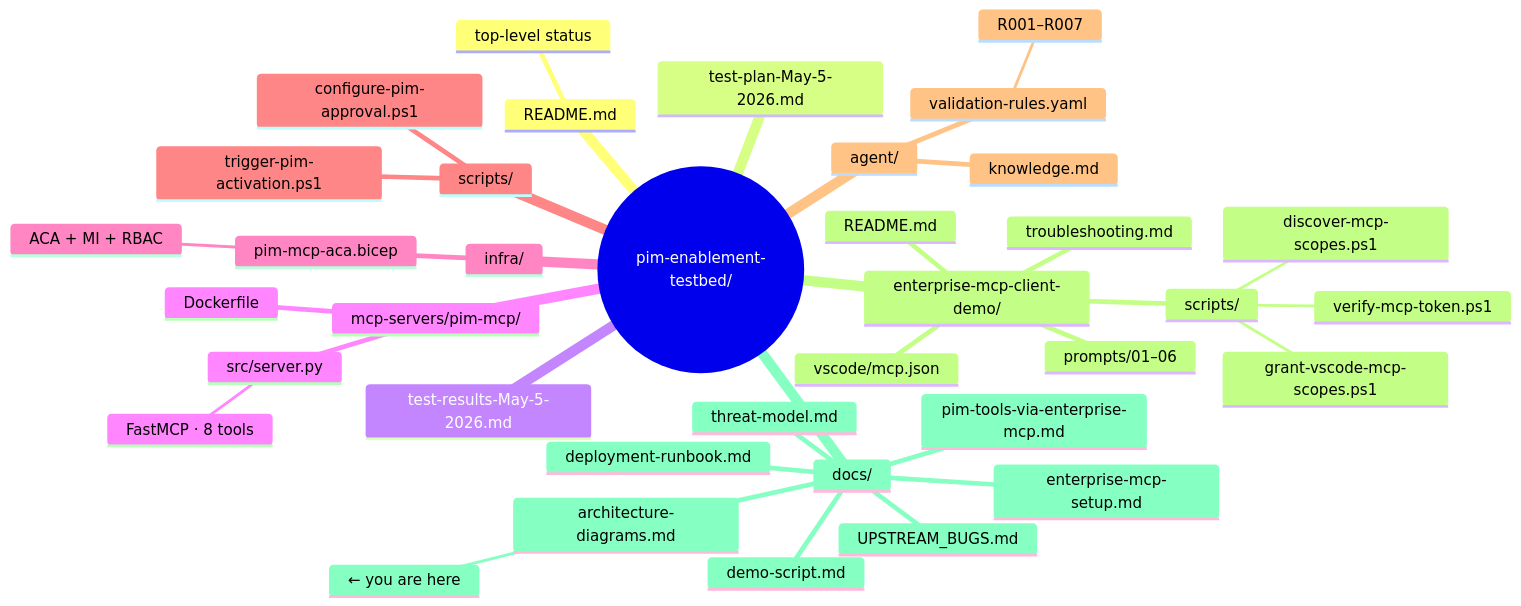
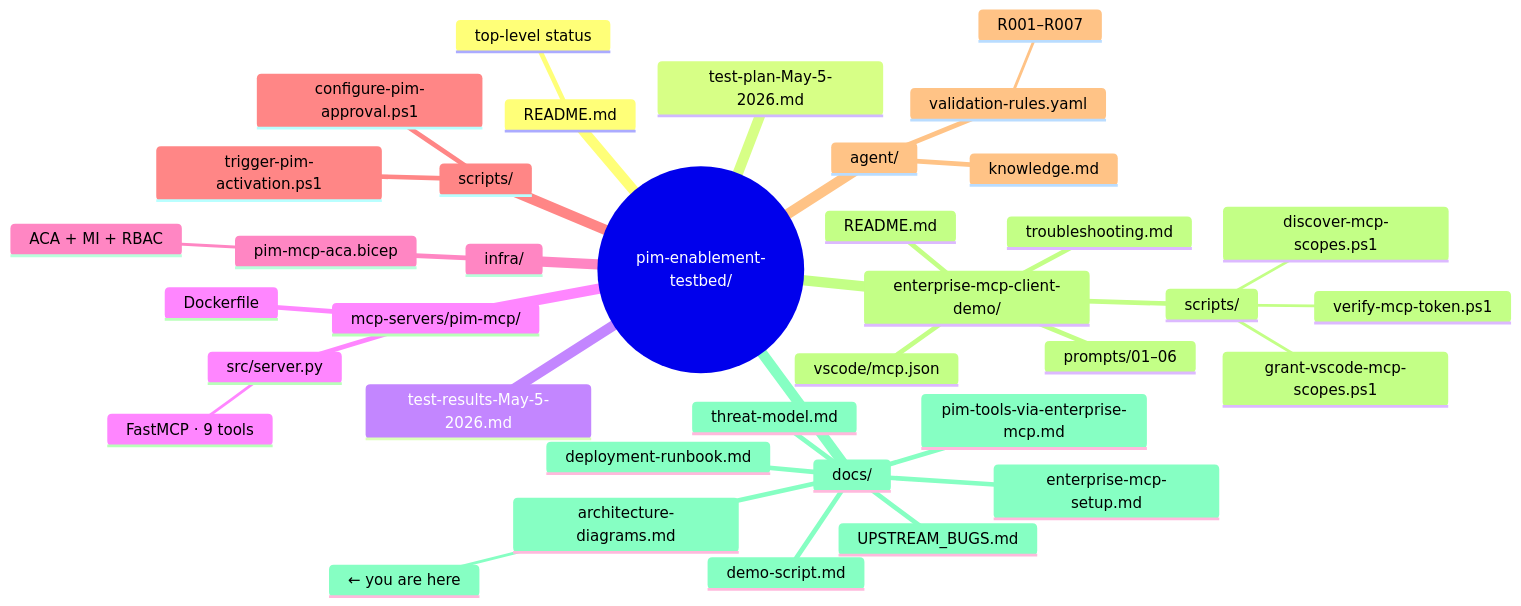
The fifth of 6 diagrams in pim-enablement-testbed/docs/architecture-diagrams.md (Arturo-Quiroga-MSFT/SRE-AGENT-JAN-2026), drawn with Mermaid before and after one commit. The commit also changed other lines of this file and 6 other files, not shown here.

````diff
--- a/pim-enablement-testbed/docs/architecture-diagrams.md
+++ b/pim-enablement-testbed/docs/architecture-diagrams.md
@@ -221,40 +221,40 @@
 ```mermaid
 mindmap
   root((pim-enablement-testbed/))
     README.md
       top-level status
     test-plan-May-5-2026.md
     test-results-May-5-2026.md
     mcp-servers/pim-mcp/
       src/server.py
-        FastMCP · 8 tools
+        FastMCP · 9 tools
       Dockerfile
     infra/
       pim-mcp-aca.bicep
         ACA + MI + RBAC
     scripts/
       trigger-pim-activation.ps1
       configure-pim-approval.ps1
     agent/
       validation-rules.yaml
         R001–R007
       knowledge.md
     enterprise-mcp-client-demo/
       README.md
       vscode/mcp.json
       scripts/
         discover-mcp-scopes.ps1
         grant-vscode-mcp-scopes.ps1
         verify-mcp-token.ps1
       prompts/01–06
       troubleshooting.md
     docs/
       enterprise-mcp-setup.md
       pim-tools-via-enterprise-mcp.md
       UPSTREAM_BUGS.md
       threat-model.md
       deployment-runbook.md
       demo-script.md
       architecture-diagrams.md
         ← you are here
 ```
````
